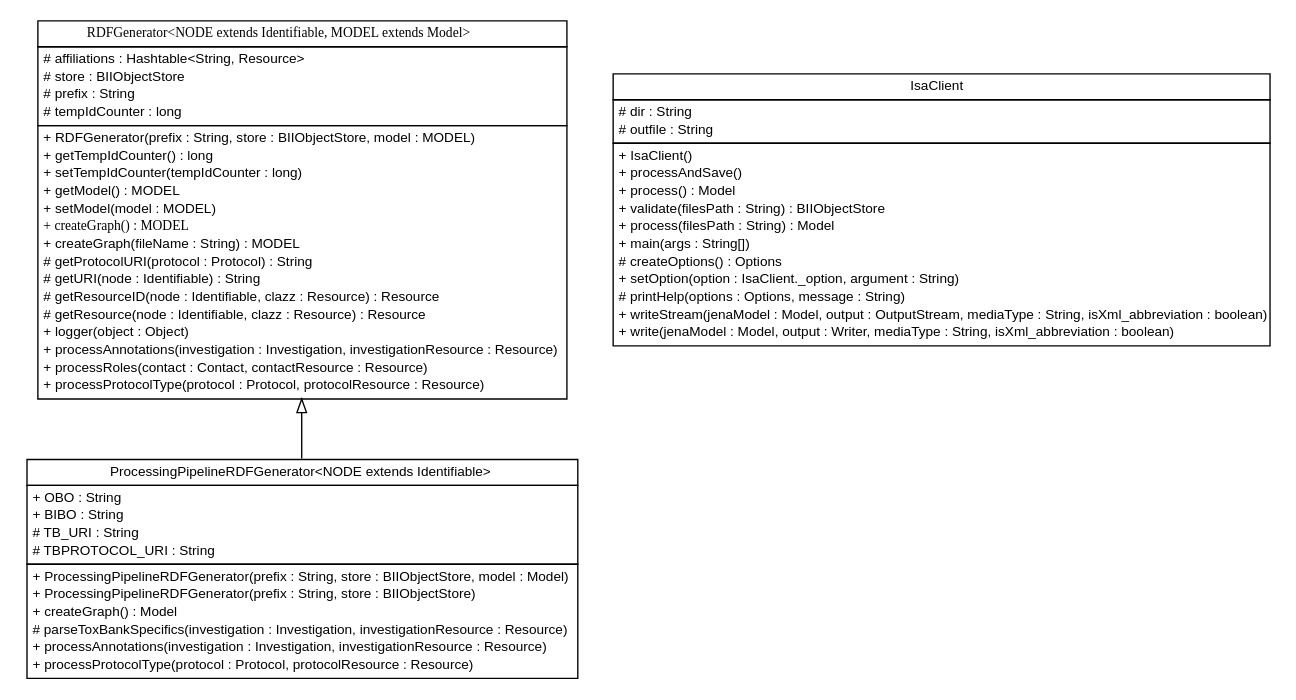
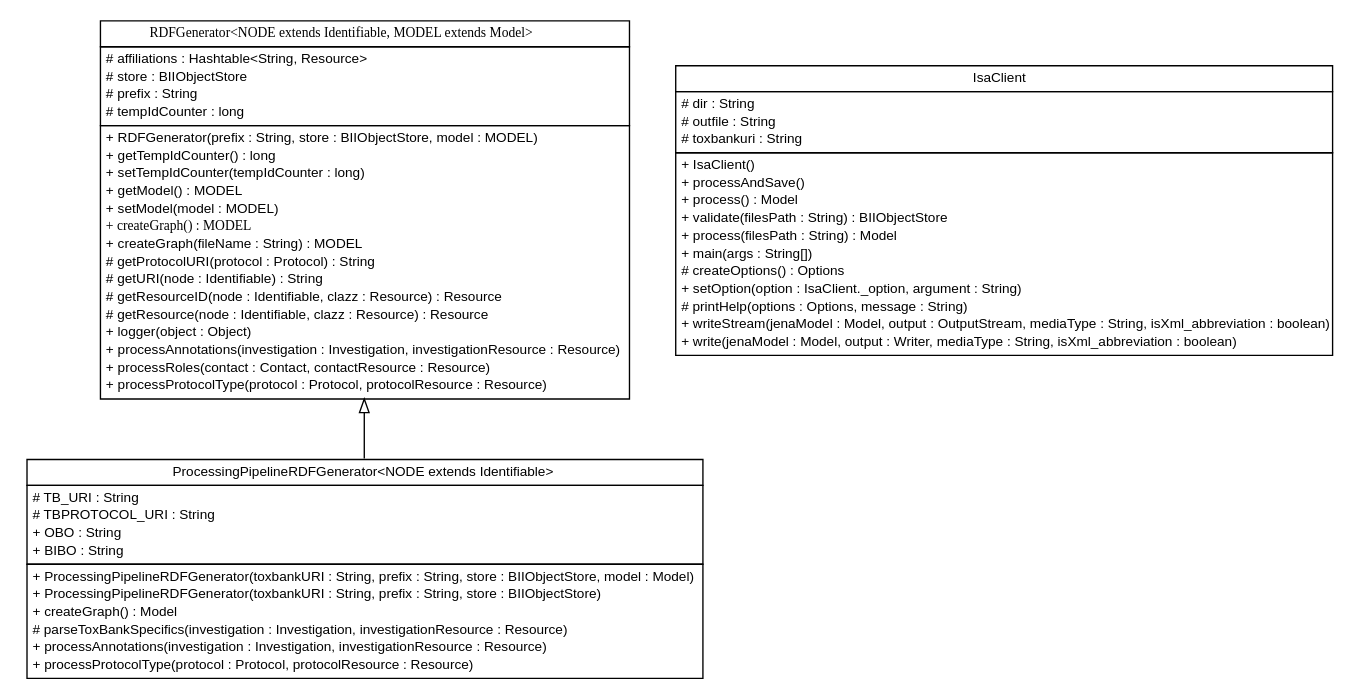
Before and after one commit to ToxBank/isa2rdf: the diagram in apidocs/org/isa2rdf/cli/org.isa2rdf.cli.dot, drawn with Graphviz. The commit also changed 54 other files, not shown here.

```diff
--- a/apidocs/org/isa2rdf/cli/org.isa2rdf.cli.dot
+++ b/apidocs/org/isa2rdf/cli/org.isa2rdf.cli.dot
@@ -1,84 +1,85 @@
 #!/usr/local/bin/dot
 #
 # Class diagram 
 # Generated by UmlGraph version 4.6 (http://www.spinellis.gr/sw/umlgraph)
 #
 
 digraph G {
 	edge [fontname="arial",fontsize=10,labelfontname="arial",labelfontsize=10];
 	node [fontname="arial",fontsize=10,shape=plaintext];
 	// org.isa2rdf.cli.RDFGenerator<NODE extends uk.ac.ebi.bioinvindex.model.Identifiable, MODEL extends com.hp.hpl.jena.rdf.model.Model>
 	c0 [label=<<table border="0" cellborder="1" cellspacing="0" cellpadding="2" port="p" href="./RDFGenerator.html">
 		<tr><td><table border="0" cellspacing="0" cellpadding="1">
 			<tr><td><font face="ariali"> RDFGenerator&lt;NODE extends Identifiable, MODEL extends Model&gt; </font></td></tr>
 		</table></td></tr>
 		<tr><td><table border="0" cellspacing="0" cellpadding="1">
 			<tr><td align="left"> # affiliations : Hashtable&lt;String, Resource&gt; </td></tr>
 			<tr><td align="left"> # store : BIIObjectStore </td></tr>
 			<tr><td align="left"> # prefix : String </td></tr>
 			<tr><td align="left"> # tempIdCounter : long </td></tr>
 		</table></td></tr>
 		<tr><td><table border="0" cellspacing="0" cellpadding="1">
 			<tr><td align="left"> + RDFGenerator(prefix : String, store : BIIObjectStore, model : MODEL) </td></tr>
 			<tr><td align="left"> + getTempIdCounter() : long </td></tr>
 			<tr><td align="left"> + setTempIdCounter(tempIdCounter : long) </td></tr>
 			<tr><td align="left"> + getModel() : MODEL </td></tr>
 			<tr><td align="left"> + setModel(model : MODEL) </td></tr>
 			<tr><td align="left"><font face="ariali" point-size="10.0"> + createGraph() : MODEL </font></td></tr>
 			<tr><td align="left"> + createGraph(fileName : String) : MODEL </td></tr>
 			<tr><td align="left"> # getProtocolURI(protocol : Protocol) : String </td></tr>
 			<tr><td align="left"> # getURI(node : Identifiable) : String </td></tr>
 			<tr><td align="left"> # getResourceID(node : Identifiable, clazz : Resource) : Resource </td></tr>
 			<tr><td align="left"> # getResource(node : Identifiable, clazz : Resource) : Resource </td></tr>
 			<tr><td align="left"> + logger(object : Object) </td></tr>
 			<tr><td align="left"> + processAnnotations(investigation : Investigation, investigationResource : Resource) </td></tr>
 			<tr><td align="left"> + processRoles(contact : Contact, contactResource : Resource) </td></tr>
 			<tr><td align="left"> + processProtocolType(protocol : Protocol, protocolResource : Resource) </td></tr>
 		</table></td></tr>
 		</table>>, fontname="arial", fontcolor="black", fontsize=10.0];
 	// org.isa2rdf.cli.ProcessingPipelineRDFGenerator<NODE extends uk.ac.ebi.bioinvindex.model.Identifiable>
 	c1 [label=<<table border="0" cellborder="1" cellspacing="0" cellpadding="2" port="p" href="./ProcessingPipelineRDFGenerator.html">
 		<tr><td><table border="0" cellspacing="0" cellpadding="1">
 			<tr><td> ProcessingPipelineRDFGenerator&lt;NODE extends Identifiable&gt; </td></tr>
 		</table></td></tr>
 		<tr><td><table border="0" cellspacing="0" cellpadding="1">
+			<tr><td align="left"> # TB_URI : String </td></tr>
+			<tr><td align="left"> # TBPROTOCOL_URI : String </td></tr>
 			<tr><td align="left"> + OBO : String </td></tr>
 			<tr><td align="left"> + BIBO : String </td></tr>
-			<tr><td align="left"> # TB_URI : String </td></tr>
-			<tr><td align="left"> # TBPROTOCOL_URI : String </td></tr>
 		</table></td></tr>
 		<tr><td><table border="0" cellspacing="0" cellpadding="1">
-			<tr><td align="left"> + ProcessingPipelineRDFGenerator(prefix : String, store : BIIObjectStore, model : Model) </td></tr>
-			<tr><td align="left"> + ProcessingPipelineRDFGenerator(prefix : String, store : BIIObjectStore) </td></tr>
+			<tr><td align="left"> + ProcessingPipelineRDFGenerator(toxbankURI : String, prefix : String, store : BIIObjectStore, model : Model) </td></tr>
+			<tr><td align="left"> + ProcessingPipelineRDFGenerator(toxbankURI : String, prefix : String, store : BIIObjectStore) </td></tr>
 			<tr><td align="left"> + createGraph() : Model </td></tr>
 			<tr><td align="left"> # parseToxBankSpecifics(investigation : Investigation, investigationResource : Resource) </td></tr>
 			<tr><td align="left"> + processAnnotations(investigation : Investigation, investigationResource : Resource) </td></tr>
 			<tr><td align="left"> + processProtocolType(protocol : Protocol, protocolResource : Resource) </td></tr>
 		</table></td></tr>
 		</table>>, fontname="arial", fontcolor="black", fontsize=10.0];
 	// org.isa2rdf.cli.IsaClient
 	c2 [label=<<table border="0" cellborder="1" cellspacing="0" cellpadding="2" port="p" href="./IsaClient.html">
 		<tr><td><table border="0" cellspacing="0" cellpadding="1">
 			<tr><td> IsaClient </td></tr>
 		</table></td></tr>
 		<tr><td><table border="0" cellspacing="0" cellpadding="1">
 			<tr><td align="left"> # dir : String </td></tr>
 			<tr><td align="left"> # outfile : String </td></tr>
+			<tr><td align="left"> # toxbankuri : String </td></tr>
 		</table></td></tr>
 		<tr><td><table border="0" cellspacing="0" cellpadding="1">
 			<tr><td align="left"> + IsaClient() </td></tr>
 			<tr><td align="left"> + processAndSave() </td></tr>
 			<tr><td align="left"> + process() : Model </td></tr>
 			<tr><td align="left"> + validate(filesPath : String) : BIIObjectStore </td></tr>
 			<tr><td align="left"> + process(filesPath : String) : Model </td></tr>
 			<tr><td align="left"> + main(args : String[]) </td></tr>
 			<tr><td align="left"> # createOptions() : Options </td></tr>
 			<tr><td align="left"> + setOption(option : IsaClient._option, argument : String) </td></tr>
 			<tr><td align="left"> # printHelp(options : Options, message : String) </td></tr>
 			<tr><td align="left"> + writeStream(jenaModel : Model, output : OutputStream, mediaType : String, isXml_abbreviation : boolean) </td></tr>
 			<tr><td align="left"> + write(jenaModel : Model, output : Writer, mediaType : String, isXml_abbreviation : boolean) </td></tr>
 		</table></td></tr>
 		</table>>, fontname="arial", fontcolor="black", fontsize=10.0];
 	//org.isa2rdf.cli.ProcessingPipelineRDFGenerator<NODE extends uk.ac.ebi.bioinvindex.model.Identifiable> extends org.isa2rdf.cli.RDFGenerator<NODE, com.hp.hpl.jena.rdf.model.Model>
 	c0:p -> c1:p [dir=back,arrowtail=empty];
 }
```
